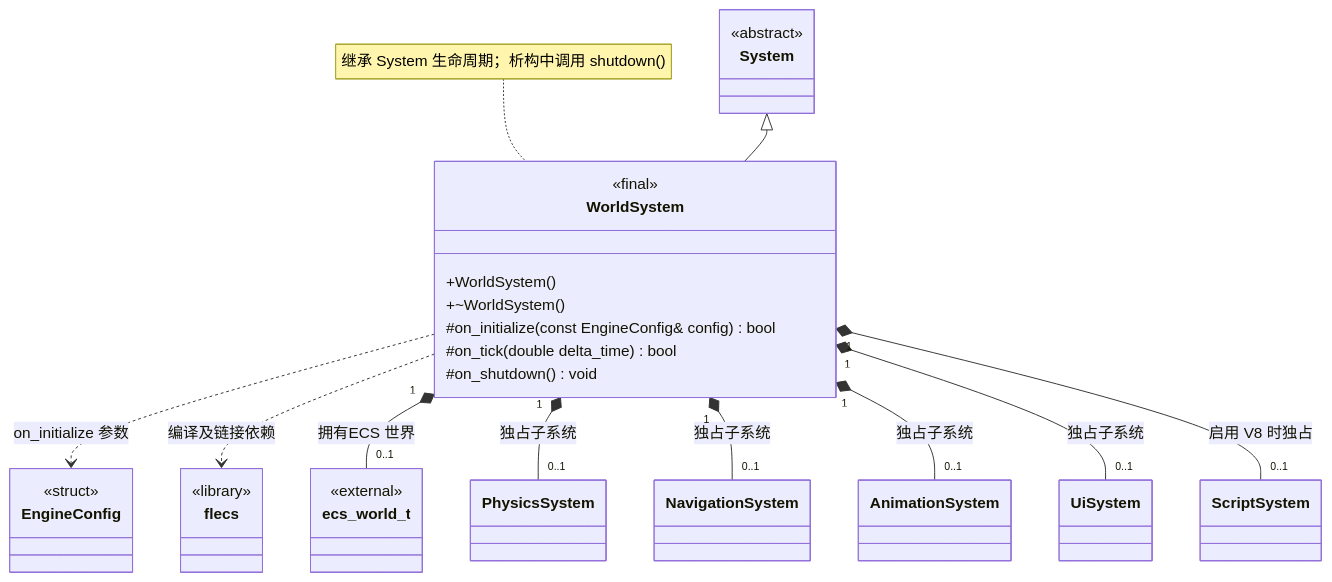
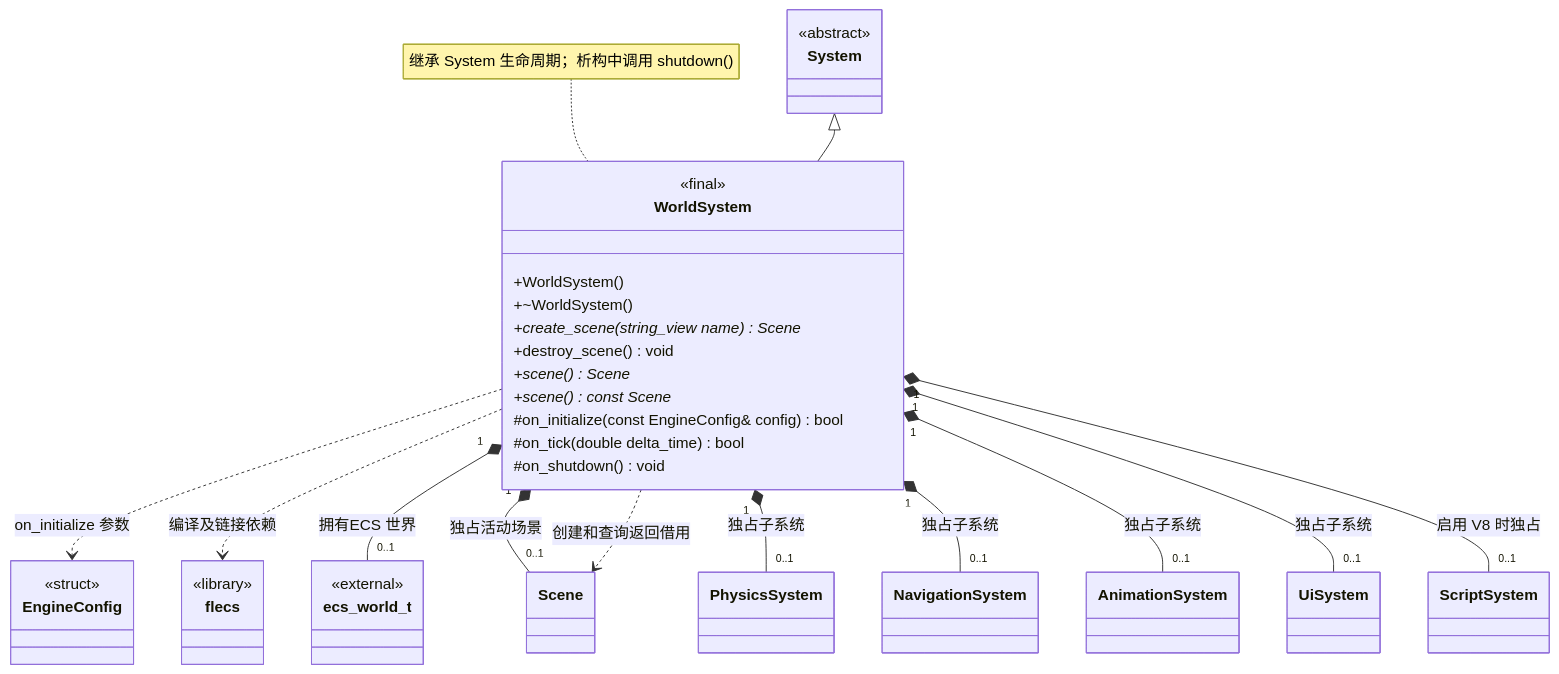
Before and after one commit to lcals/Engine: the diagram in docs/runtime/class-diagrams/world-system.md, drawn with Mermaid. The commit also changed other lines of this file and 52 other files, not shown here.

````diff
--- a/docs/runtime/class-diagrams/world-system.md
+++ b/docs/runtime/class-diagrams/world-system.md
@@ -7,39 +7,46 @@
 ```mermaid
 classDiagram
     direction TB
     class WorldSystem {
         <<final>>
         +WorldSystem()
         +~WorldSystem()
+        +create_scene(string_view name) Scene*
+        +destroy_scene() void
+        +scene() Scene*
+        +scene() const Scene*
         #on_initialize(const EngineConfig& config) bool
         #on_tick(double delta_time) bool
         #on_shutdown() void
     }
     class System {
         <<abstract>>
     }
     class EngineConfig {
         <<struct>>
     }
     class flecs["flecs"] {
         <<library>>
     }
     class ecs_world_t {
         <<external>>
     }
     System <|-- WorldSystem
     WorldSystem ..> EngineConfig : on_initialize 参数
     WorldSystem ..> flecs : 编译及链接依赖
     WorldSystem "1" *-- "0..1" ecs_world_t : 拥有ECS 世界
+    class Scene
+    WorldSystem "1" *-- "0..1" Scene : 独占活动场景
+    WorldSystem ..> Scene : 创建和查询返回借用
     class PhysicsSystem
     WorldSystem "1" *-- "0..1" PhysicsSystem : 独占子系统
     class NavigationSystem
     WorldSystem "1" *-- "0..1" NavigationSystem : 独占子系统
     class AnimationSystem
     WorldSystem "1" *-- "0..1" AnimationSystem : 独占子系统
     class UiSystem
     WorldSystem "1" *-- "0..1" UiSystem : 独占子系统
     class ScriptSystem
     WorldSystem "1" *-- "0..1" ScriptSystem : 启用 V8 时独占
     note for WorldSystem "继承 System 生命周期；析构中调用 shutdown()"
 ```
````
